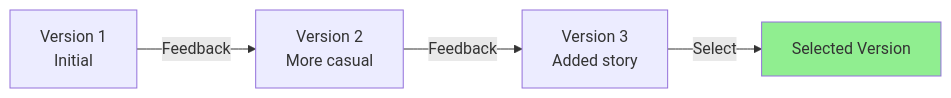
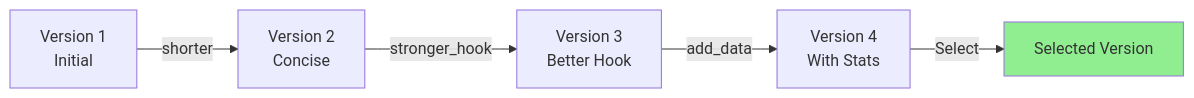
The fifth of 7 diagrams in README.md (TristanHourtoulle/brandium-backend), drawn with Mermaid before and after one commit. The commit also changed other lines of this file and 2 other files, not shown here.

````diff
--- a/README.md
+++ b/README.md
@@ -488,8 +491,9 @@
 ```mermaid
 flowchart LR
-    V1[Version 1<br/>Initial] -->|Feedback| V2[Version 2<br/>More casual]
-    V2 -->|Feedback| V3[Version 3<br/>Added story]
-    V3 -->|Select| FINAL[Selected Version]
+    V1[Version 1<br/>Initial] -->|shorter| V2[Version 2<br/>Concise]
+    V2 -->|stronger_hook| V3[Version 3<br/>Better Hook]
+    V3 -->|add_data| V4[Version 4<br/>With Stats]
+    V4 -->|Select| FINAL[Selected Version]
 
     style FINAL fill:#90EE90
 ```
````
